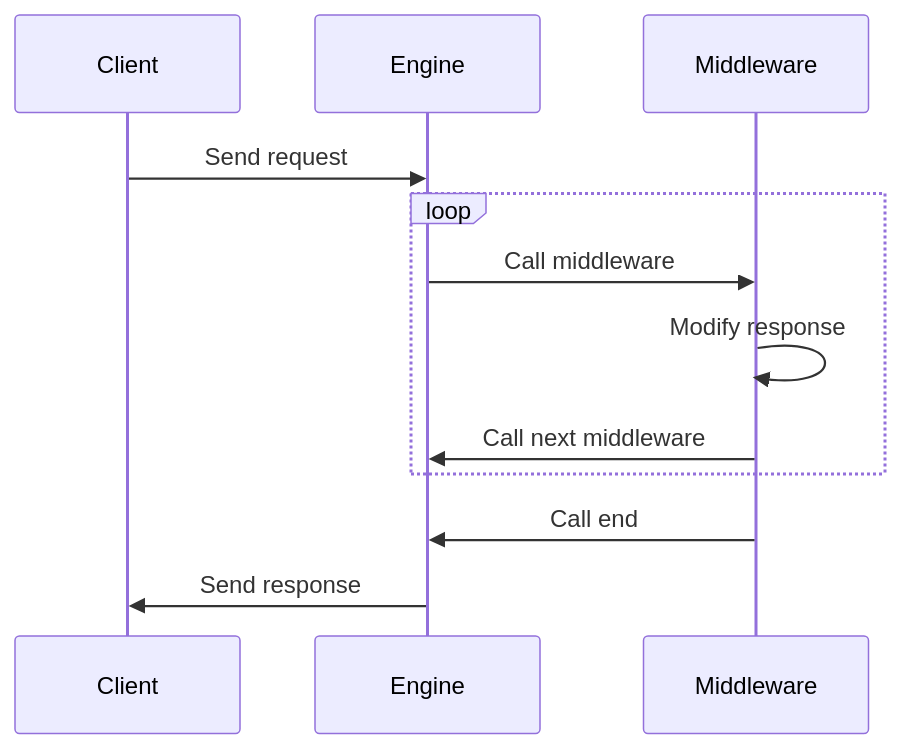
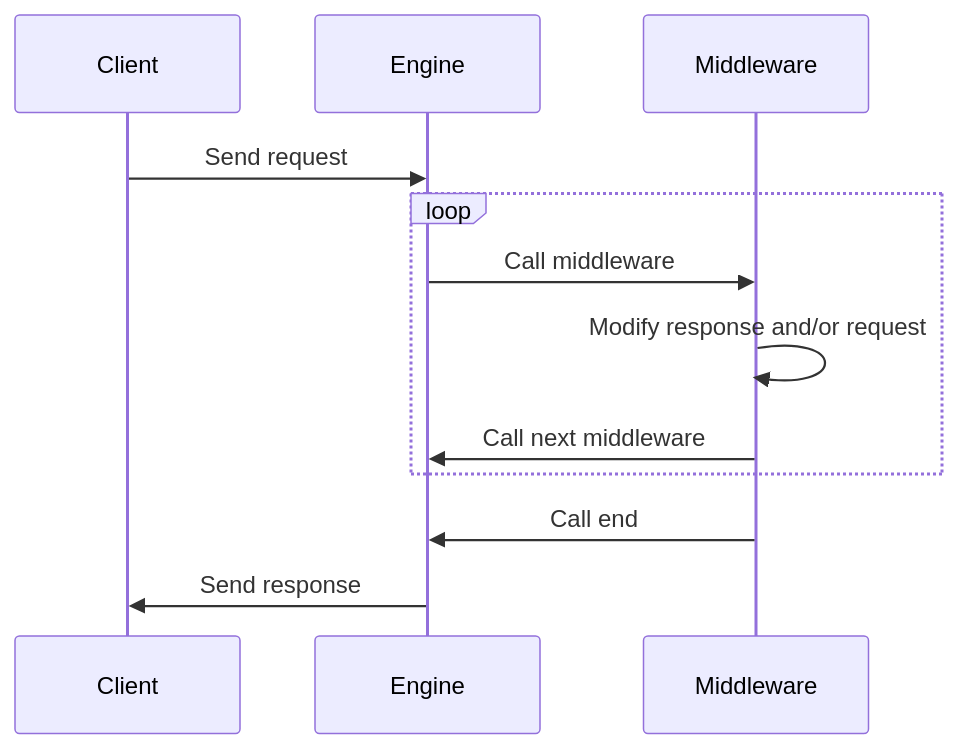
Before and after one commit to MetaMask/snaps: the diagram in docs/internals/json-rpc.md, drawn with Mermaid. The commit also changed other lines of this file and 3 other files, not shown here.

````diff
--- a/docs/internals/json-rpc.md
+++ b/docs/internals/json-rpc.md
@@ -52,11 +52,11 @@
 ```mermaid
 sequenceDiagram
   Client->>Engine: Send request
   loop
     Engine->>Middleware: Call middleware
-    Middleware->>Middleware: Modify response
+    Middleware->>Middleware: Modify response and/or request
     Middleware->>Engine: Call next middleware
   end
   Middleware->>Engine: Call end
   Engine->>Client: Send response
 ```
````
